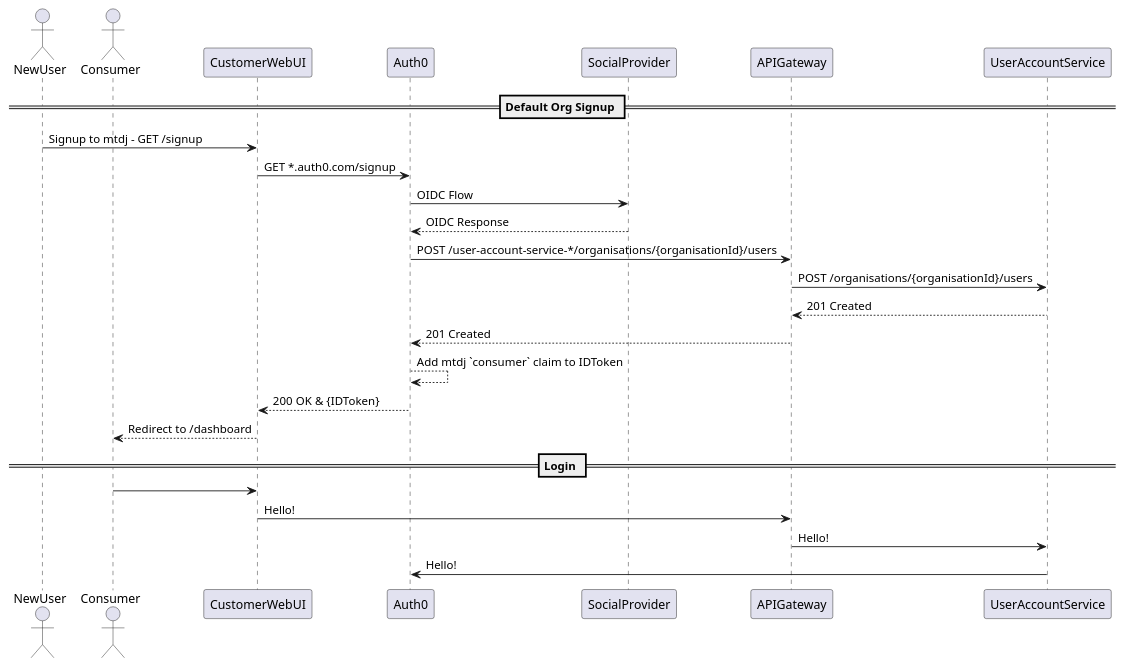
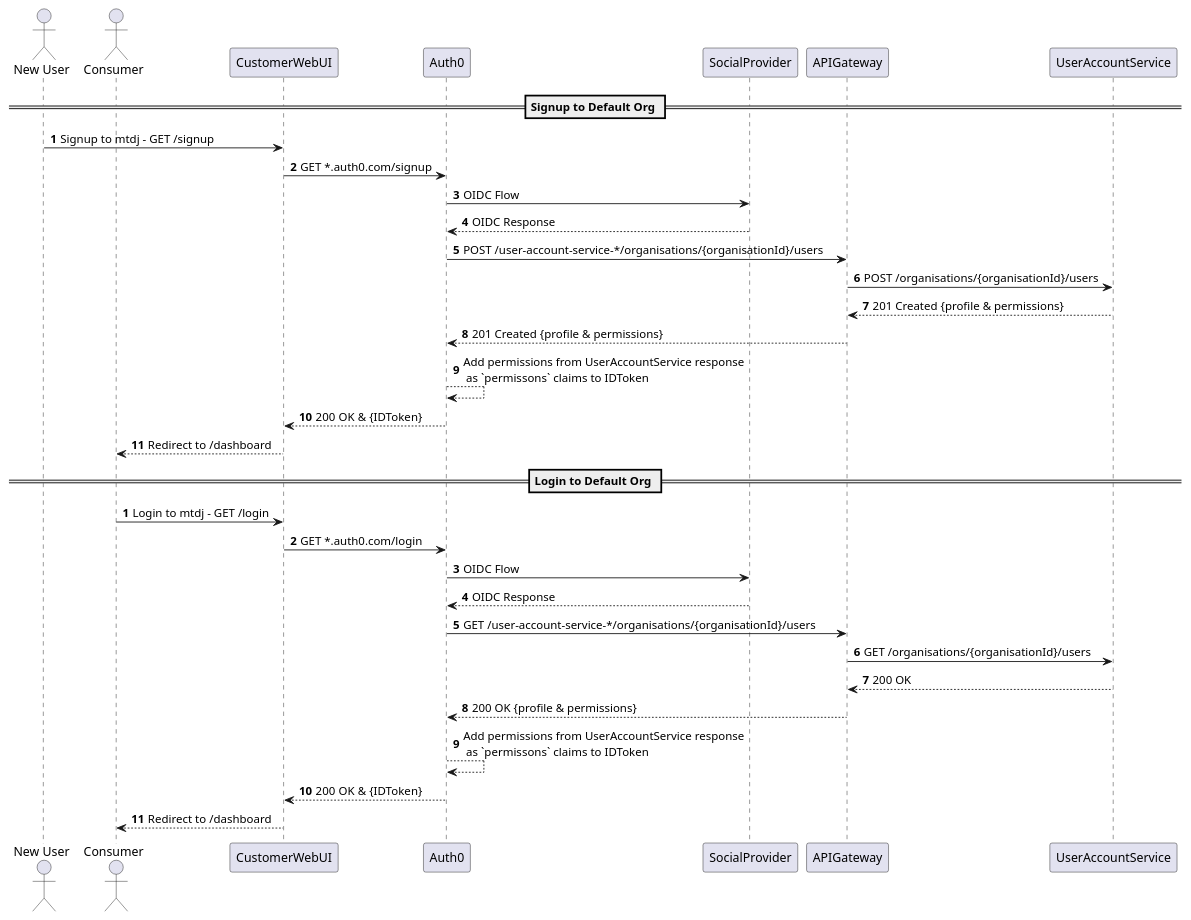
One commit to math-dojo/architecture changed the diagram in diagrams/plantuml/consumer-auth-journey.puml. Above: the diagram before and after it, drawn with PlantUML.

Commit message:
Add successful login journey path

```diff
--- a/diagrams/plantuml/consumer-auth-journey.puml
+++ b/diagrams/plantuml/consumer-auth-journey.puml
@@ -1,26 +1,35 @@
 @startuml consumer-auth-journey
 skinparam responseMessageBelowArrow true
-actor NewUser
+actor "New User" as N
 actor Consumer
 
-== Default Org Signup ==
-NewUser -> CustomerWebUI: Signup to mtdj - GET /signup
+== Signup to Default Org ==
+autonumber
+N -> CustomerWebUI: Signup to mtdj - GET /signup
 CustomerWebUI -> Auth0: GET *.auth0.com/signup
 Auth0 -> SocialProvider: OIDC Flow
 SocialProvider --> Auth0: OIDC Response
 Auth0 -> APIGateway: POST /user-account-service-*/organisations/{organisationId}/users
 APIGateway -> UserAccountService: POST /organisations/{organisationId}/users
-UserAccountService --> APIGateway: 201 Created
-APIGateway --> Auth0: 201 Created
-Auth0 --> Auth0: Add mtdj `consumer` claim to IDToken
+UserAccountService --> APIGateway: 201 Created {profile & permissions}
+APIGateway --> Auth0: 201 Created {profile & permissions}
+Auth0 --> Auth0: Add permissions from UserAccountService response\n as `permissons` claims to IDToken
 Auth0 --> CustomerWebUI: 200 OK & {IDToken}
 CustomerWebUI --> Consumer: Redirect to /dashboard
 
 
-== Login ==
-Consumer -> CustomerWebUI: 
-CustomerWebUI -> APIGateway: Hello!
-APIGateway -> UserAccountService: Hello!
-UserAccountService -> Auth0: Hello!
+== Login to Default Org ==
+autonumber
+Consumer -> CustomerWebUI: Login to mtdj - GET /login
+CustomerWebUI -> Auth0: GET *.auth0.com/login
+Auth0 -> SocialProvider: OIDC Flow
+SocialProvider --> Auth0: OIDC Response
+Auth0 -> APIGateway: GET /user-account-service-*/organisations/{organisationId}/users
+APIGateway -> UserAccountService: GET /organisations/{organisationId}/users
+UserAccountService --> APIGateway: 200 OK
+APIGateway --> Auth0: 200 OK {profile & permissions}
+Auth0 --> Auth0: Add permissions from UserAccountService response\n as `permissons` claims to IDToken
+Auth0 --> CustomerWebUI: 200 OK & {IDToken}
+CustomerWebUI --> Consumer: Redirect to /dashboard
 
 @enduml
```
